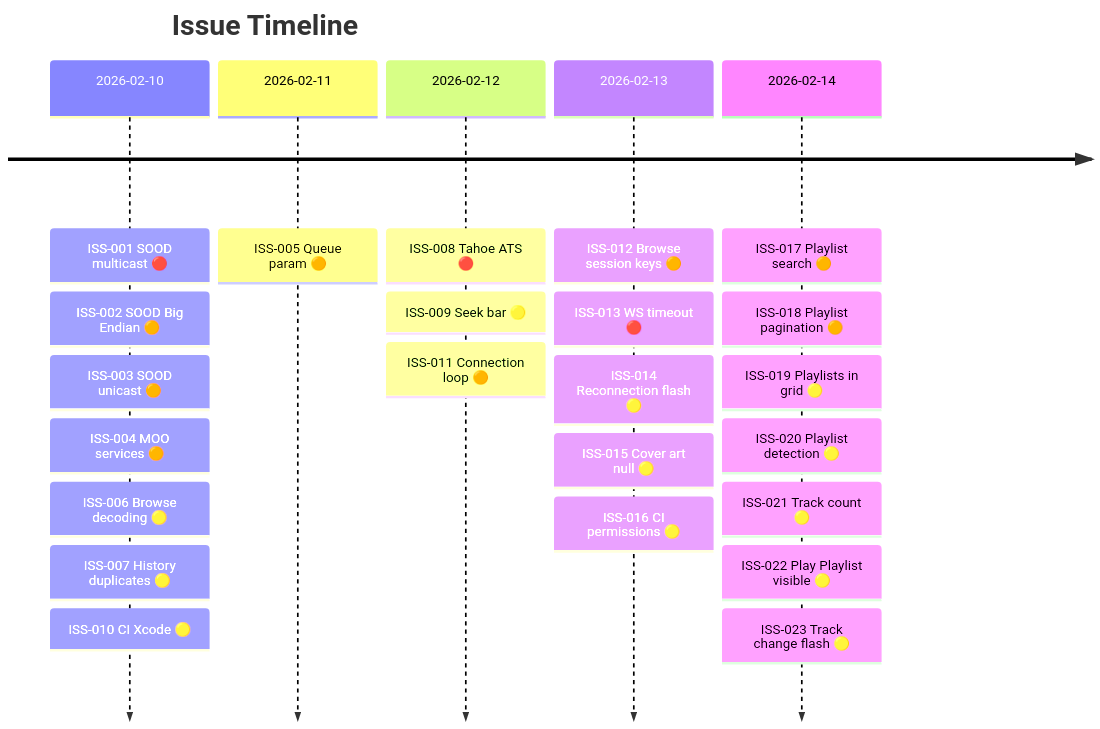
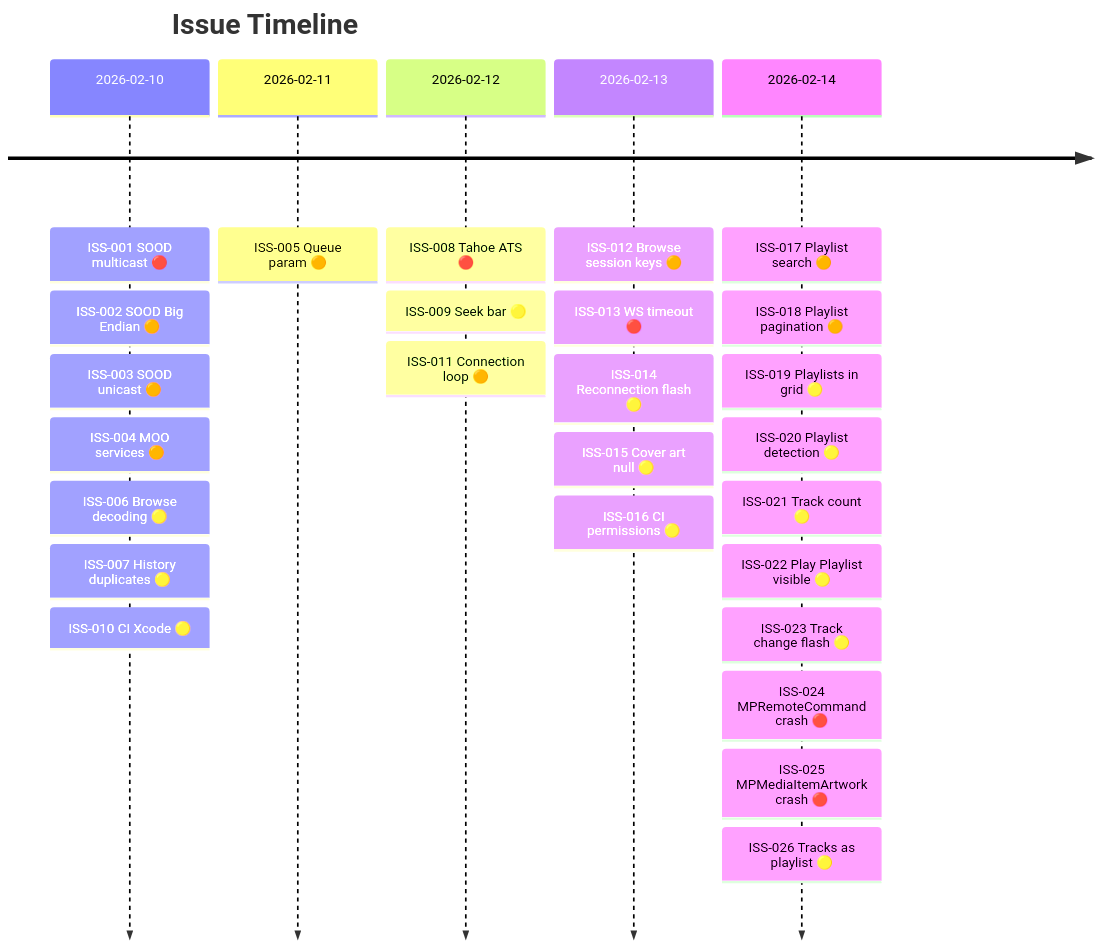
The second of 2 diagrams in docs/ISSUES.en.md (renesenses/roon-controller), drawn with Mermaid before and after one commit. The commit also changed other lines of this file and 15 other files, not shown here.

````diff
--- a/docs/ISSUES.en.md
+++ b/docs/ISSUES.en.md
@@ -14,27 +14,30 @@
 ```mermaid
 timeline
     title Issue Timeline
     2026-02-10 : ISS-001 SOOD multicast 🔴
                : ISS-002 SOOD Big Endian 🟠
                : ISS-003 SOOD unicast 🟠
                : ISS-004 MOO services 🟠
                : ISS-006 Browse decoding 🟡
                : ISS-007 History duplicates 🟡
                : ISS-010 CI Xcode 🟡
     2026-02-11 : ISS-005 Queue param 🟠
     2026-02-12 : ISS-008 Tahoe ATS 🔴
                : ISS-009 Seek bar 🟡
                : ISS-011 Connection loop 🟠
     2026-02-13 : ISS-012 Browse session keys 🟠
                : ISS-013 WS timeout 🔴
                : ISS-014 Reconnection flash 🟡
                : ISS-015 Cover art null 🟡
                : ISS-016 CI permissions 🟡
     2026-02-14 : ISS-017 Playlist search 🟠
                : ISS-018 Playlist pagination 🟠
                : ISS-019 Playlists in grid 🟡
                : ISS-020 Playlist detection 🟡
                : ISS-021 Track count 🟡
                : ISS-022 Play Playlist visible 🟡
                : ISS-023 Track change flash 🟡
+               : ISS-024 MPRemoteCommand crash 🔴
+               : ISS-025 MPMediaItemArtwork crash 🔴
+               : ISS-026 Tracks as playlist 🟡
 ```
````
